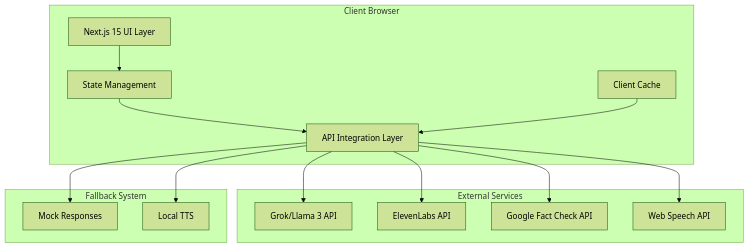
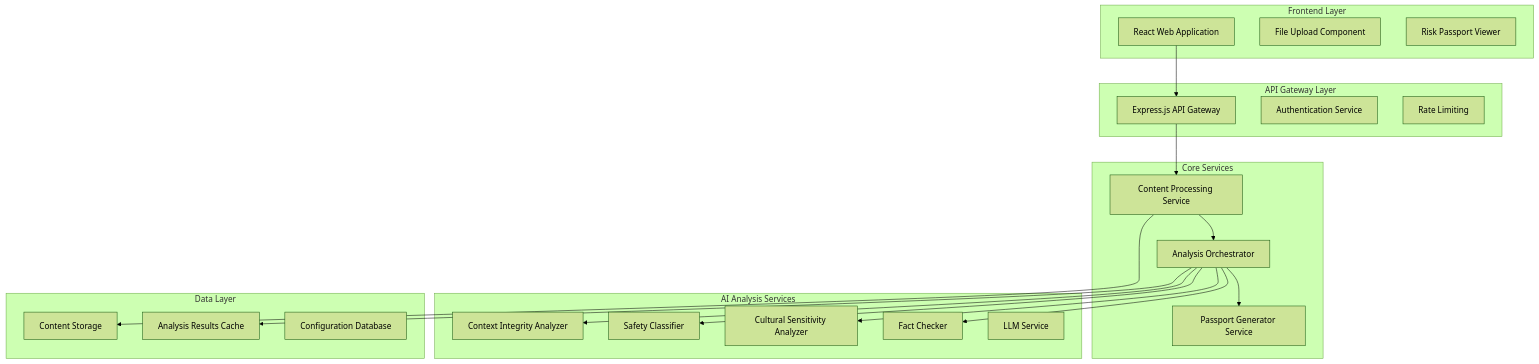
The first of 2 diagrams in design.md (aarjupawara/AI_for_Bharat), drawn with Mermaid (forest theme) before and after one commit. The commit also changed other lines of this file, not shown here.

````diff
--- a/design.md
+++ b/design.md
@@ -13,32 +13,45 @@
 ```mermaid
 graph TB
-    subgraph "Client Browser"
-        UI[Next.js 15 UI Layer]
-        SM[State Management]
-        API[API Integration Layer]
-        CACHE[Client Cache]
+    subgraph "Frontend Layer"
+        UI[React Web Application]
+        Upload[File Upload Component]
+        Passport[Risk Passport Viewer]
     end
     
-    subgraph "External Services"
-        LLM[Grok/Llama 3 API]
-        TTS[ElevenLabs API]
-        FACT[Google Fact Check API]
-        BACKUP[Web Speech API]
+    subgraph "API Gateway Layer"
+        Gateway[Express.js API Gateway]
+        Auth[Authentication Service]
+        RateLimit[Rate Limiting]
     end
     
-    subgraph "Fallback System"
-        MOCK[Mock Responses]
-        LOCAL[Local TTS]
+    subgraph "Core Services"
+        ContentService[Content Processing Service]
+        AnalysisOrchestrator[Analysis Orchestrator]
+        PassportGenerator[Passport Generator Service]
     end
     
-    UI --> SM
-    SM --> API
-    API --> LLM
-    API --> TTS
-    API --> FACT
-    API --> BACKUP
-    API --> MOCK
-    API --> LOCAL
+    subgraph "AI Analysis Services"
+        ContextAnalyzer[Context Integrity Analyzer]
+        SafetyClassifier[Safety Classifier]
+        CulturalAnalyzer[Cultural Sensitivity Analyzer]
+        FactChecker[Fact Checker]
+        LLMService[LLM Service]
+    end
     
-    CACHE --> API
+    subgraph "Data Layer"
+        ContentStore[Content Storage]
+        AnalysisCache[Analysis Results Cache]
+        ConfigDB[Configuration Database]
+    end
+    
+    UI --> Gateway
+    Gateway --> ContentService
+    ContentService --> AnalysisOrchestrator
+    AnalysisOrchestrator --> ContextAnalyzer
+    AnalysisOrchestrator --> SafetyClassifier
+    AnalysisOrchestrator --> CulturalAnalyzer
+    AnalysisOrchestrator --> FactChecker
+    AnalysisOrchestrator --> PassportGenerator
+    ContentService --> ContentStore
+    AnalysisOrchestrator --> AnalysisCache
 ```
````
